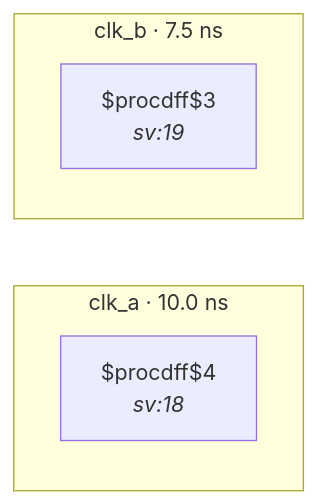
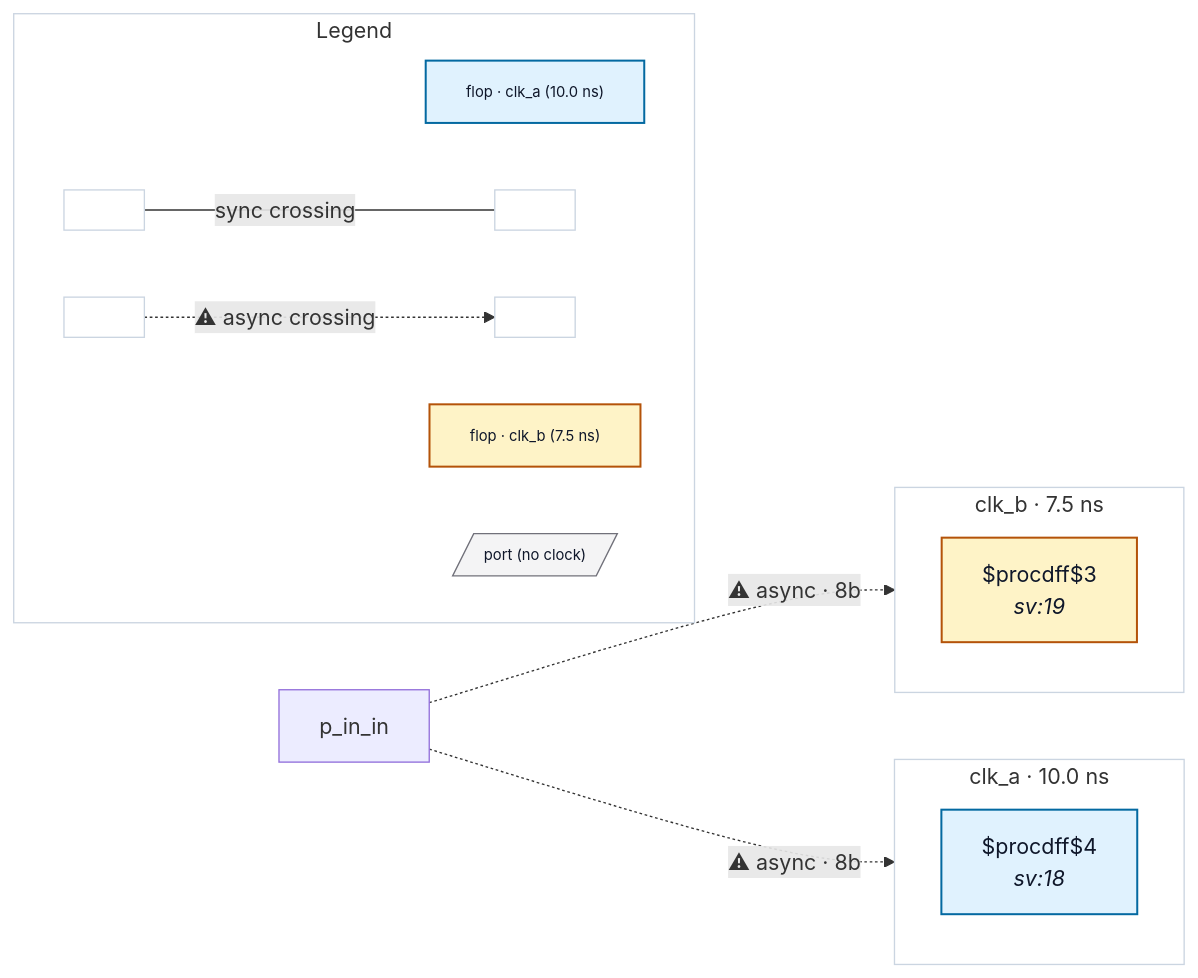
Before and after one commit to rtl-buddy/rtl-buddy-cdc: the diagram in tests/fixtures/bad_unconstrained_input_bus_two_domains/README.md, drawn with Mermaid. The commit also changed 71 other files, not shown here.

First line of the commit message:
Refresh fixture READMEs + render iterations (colors, legend, nested ports, clock-net edges)

````diff
--- a/tests/fixtures/bad_unconstrained_input_bus_two_domains/README.md
+++ b/tests/fixtures/bad_unconstrained_input_bus_two_domains/README.md
@@ -16,13 +16,40 @@
 ```mermaid
 %% bad_unconstrained_input_bus_two_domains — generated by rtl-buddy-cdc render
 flowchart LR
   subgraph clk_clk_a["clk_a · 10.0 ns"]
     direction TB
-    f_69669e24["$procdff$4<br/><i>sv:18</i>"]
+    f_69669e24["$procdff$4<br/><i>sv:18</i>"]:::ckcls_clk_a
   end
   subgraph clk_clk_b["clk_b · 7.5 ns"]
     direction TB
-    f_0691049c["$procdff$3<br/><i>sv:19</i>"]
+    f_0691049c["$procdff$3<br/><i>sv:19</i>"]:::ckcls_clk_b
   end
-  classDef port fill:#f4f4f5,stroke:#71717a
+  p_in_in -. "⚠ async · 8b" .-> f_0691049c
+  p_in_in -. "⚠ async · 8b" .-> f_69669e24
+  subgraph rb_legend["Legend"]
+    direction LR
+    lg_clk_clk_a["flop · clk_a (10.0 ns)"]:::ckcls_clk_a
+    lg_clk_clk_b["flop · clk_b (7.5 ns)"]:::ckcls_clk_b
+    lg_port[/"port (no clock)"/]:::port_unassigned
+    lg_sync_a[" "]:::ckcls_legend_neutral
+    lg_sync_b[" "]:::ckcls_legend_neutral
+    lg_async_a[" "]:::ckcls_legend_neutral
+    lg_async_b[" "]:::ckcls_legend_neutral
+    lg_sync_a --- |"sync crossing"| lg_sync_b
+    lg_async_a -. "⚠ async crossing" .-> lg_async_b
+  end
+  style clk_clk_a fill:none,stroke:#cbd5e1
+  style clk_clk_b fill:none,stroke:#cbd5e1
+  style rb_legend fill:none,stroke:#cbd5e1
+  style lg_clk_clk_a font-size:11px
+  style lg_clk_clk_b font-size:11px
+  style lg_port font-size:11px
+  style lg_sync_a font-size:11px
+  style lg_sync_b font-size:11px
+  style lg_async_a font-size:11px
+  style lg_async_b font-size:11px
+  classDef ckcls_clk_a fill:#e0f2fe,stroke:#0369a1,stroke-width:1.5px,color:#0f172a
+  classDef ckcls_clk_b fill:#fef3c7,stroke:#b45309,stroke-width:1.5px,color:#0f172a
+  classDef port_unassigned fill:#f4f4f5,stroke:#71717a,color:#0f172a
+  classDef ckcls_legend_neutral fill:#ffffff,stroke:#cbd5e1,stroke-width:1px,color:#0f172a
 ```
````
